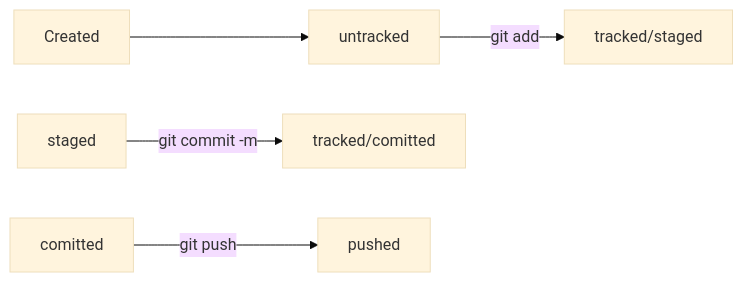
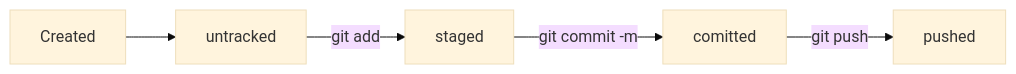
The diagram in readme.md (ironhird/first-project), drawn with Mermaid (base theme) before and after one commit.

Commit message:
Исправить блок схему

````diff
--- a/readme.md
+++ b/readme.md
@@ -29,7 +29,7 @@
 ```mermaid
 graph LR;
   Created --> untracked;
-  untracked -- "git add" --> tracked/staged;
-  staged -- "git commit -m" --> tracked/comitted;
+  untracked -- "git add" --> staged;
+  staged -- "git commit -m" --> comitted;
   comitted -- "git push" --> pushed;
 ``` 
````
